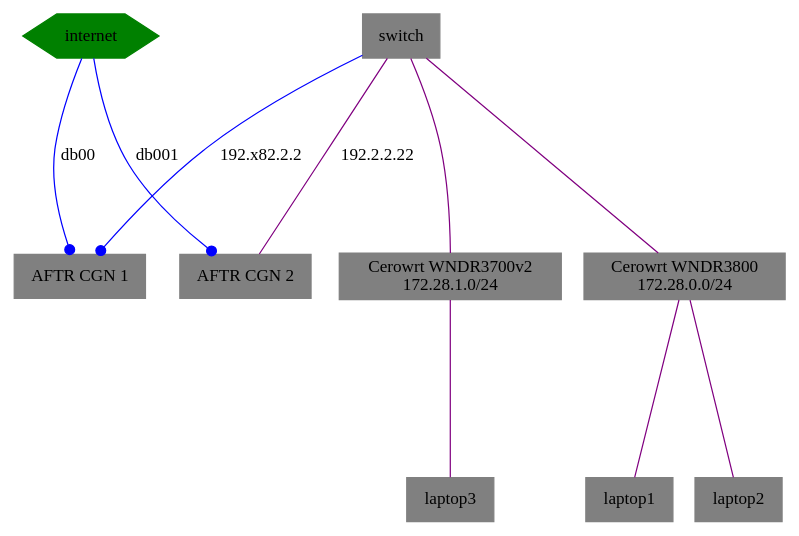
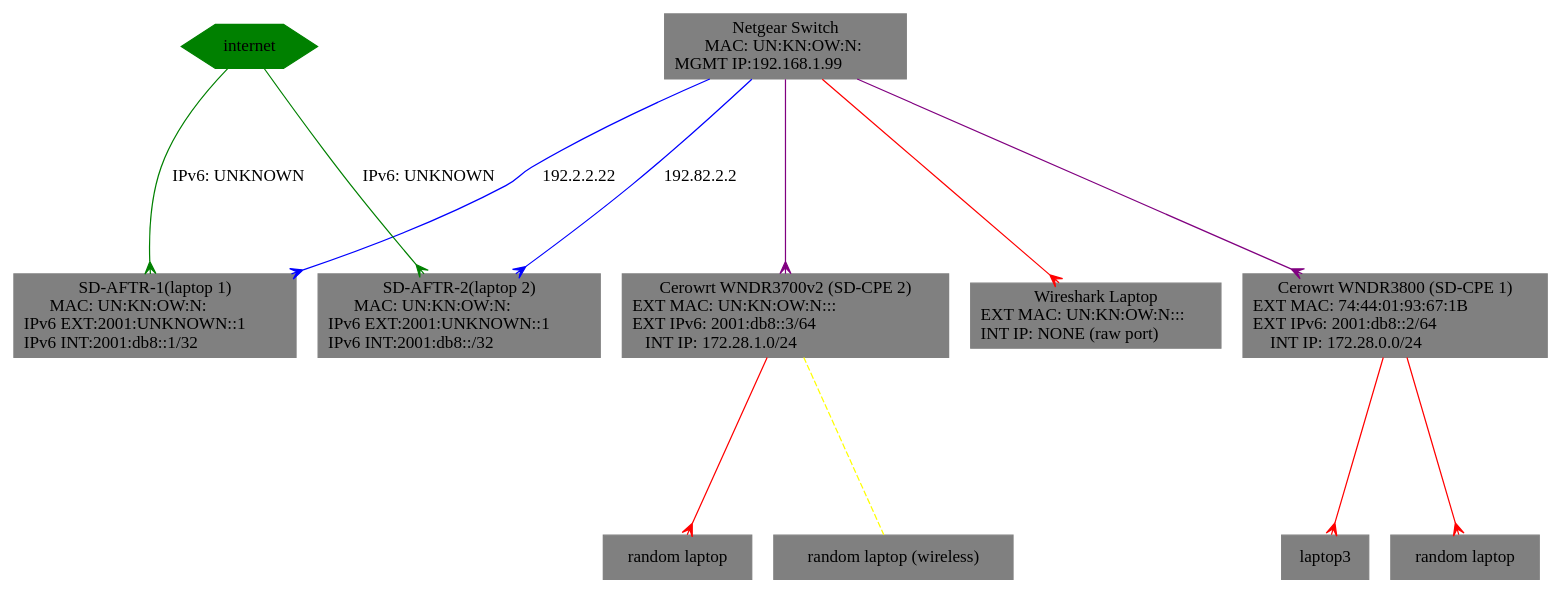
Before and after one commit to dtaht/sdcpe-demo-doc: the diagram in shownet.gv, drawn with Graphviz. The commit also changed 1 other file, not shown here.

```diff
--- a/shownet.gv
+++ b/shownet.gv
@@ -1,22 +1,33 @@
 digraph G {
  ranksep=2;
  ratio=auto;
-"SWITCH" [ label="switch" shape="box",style="filled",color="grey" ];
-"Internet" [ label="internet", shape="hexagon",style="filled",color="green" ];
-"CGN2" [ label="AFTR CGN 2",shape="box",style="filled",color="grey" ];
-"CGN1" [ label="AFTR CGN 1",shape="box",style="filled",color="grey" ];
-"SD-CPE1" [ label="Cerowrt WNDR3800\n172.28.0.0/24",shape="box",style="filled",color="grey" ];
-"SD-CPE2" [ label="Cerowrt WNDR3700v2\n172.28.1.0/24",shape="box",style="filled",color="grey" ];
-"SWITCH" -> "CGN1" [ label="192.x82.2.2",color="blue",arrowhead="dot" ];
-"SWITCH" -> "CGN2" [ label="192.2.2.22",color="purple",arrowhead="none" ];
-"SWITCH" -> "SD-CPE1" [ color="purple",arrowhead="none" ];
-"SWITCH" -> "SD-CPE2" [ color="purple",arrowhead="none" ];
-"client1" [ label="laptop1",shape="box",style="filled",color="grey" ];
-"client2" [ label="laptop2",shape="box",style="filled",color="grey" ];
-"client3" [ label="laptop3",shape="box",style="filled",color="grey" ];
-"Internet" -> "CGN1" [ label="db00",color="blue",arrowhead="dot" ];
-"Internet" -> "CGN2" [ label="db001",color="blue",arrowhead="dot" ];
-"SD-CPE1" -> "client1" [ color="purple",arrowhead="none" ];
-"SD-CPE1" -> "client2" [ color="purple",arrowhead="none" ];
-"SD-CPE2" -> "client3" [ color="purple",arrowhead="none" ];
+ "SWITCH" [label="Netgear Switch\n        MAC: UN:KN:OW:N:\lMGMT IP:192.168.1.99\l"
+	   shape="box",style="filled",color="grey" ];
+ "Internet" [label="internet",
+	     shape="hexagon",style="filled",color="green" ];
+ "SD-AFTR-2" [label="SD-AFTR-2(laptop 2)\n       MAC: UN:KN:OW:N:\lIPv6 EXT:2001:UNKNOWN::1\lIPv6 INT:2001:db8::/32\l",
+	      shape="box",style="filled",color="grey" ];
+ "SD-AFTR-1" [label="SD-AFTR-1(laptop 1)\n       MAC: UN:KN:OW:N:\lIPv6 EXT:2001:UNKNOWN::1\lIPv6 INT:2001:db8::1/32\l",
+	      shape="box",style="filled",color="grey" ];
+ "SD-CPE1" [label="Cerowrt WNDR3800 (SD-CPE 1)\nEXT MAC: 74:44:01:93:67:1B\l EXT IPv6: 2001:db8::2/64\l     INT IP: 172.28.0.0/24\l",
+	    shape="box",style="filled",color="grey" ];
+ "SD-CPE2" [label="Cerowrt WNDR3700v2 (SD-CPE 2)\nEXT MAC: UN:KN:OW:N:::\lEXT IPv6: 2001:db8::3/64\l    INT IP: 172.28.1.0/24\l",
+	    shape="box",style="filled",color="grey" ];
+ "wireshark" [label="Wireshark Laptop\nEXT MAC: UN:KN:OW:N:::\l INT IP: NONE (raw port)\l",
+	    shape="box",style="filled",color="grey" ];
+ "SWITCH" -> "SD-AFTR-2" [ label="192.82.2.2",color="blue",arrowhead="crow" ];
+ "SWITCH" -> "SD-AFTR-1" [ label="192.2.2.22",color="blue",arrowhead="crow" ];
+ "SWITCH" -> "SD-CPE1" [ color="purple",arrowhead="crow" ];
+ "SWITCH" -> "SD-CPE2" [ color="purple",arrowhead="crow" ];
+ "SWITCH" -> "wireshark" [ color="red",arrowhead="crow" ];
+ "client1" [ label="laptop3",shape="box",style="filled",color="grey" ];
+ "client2" [ label="random laptop",shape="box",style="filled",color="grey" ];
+ "client3" [ label="random laptop",shape="box",style="filled",color="grey" ];
+ "client4" [ label="random laptop (wireless)",shape="box",style="filled",color="grey" ];
+ "Internet" -> "SD-AFTR-1" [ label="IPv6: UNKNOWN",color="green",arrowhead="crow" ];
+ "Internet" -> "SD-AFTR-2" [ label="IPv6: UNKNOWN",color="green",arrowhead="crow" ];
+ "SD-CPE1" -> "client1" [ color="red",arrowhead="crow" ];
+ "SD-CPE1" -> "client2" [ color="red",arrowhead="crow" ];
+ "SD-CPE2" -> "client3" [ color="red",arrowhead="crow" ];
+ "SD-CPE2" -> "client4" [ color="yellow",style="dashed",arrowhead="none" ];
 }
```
